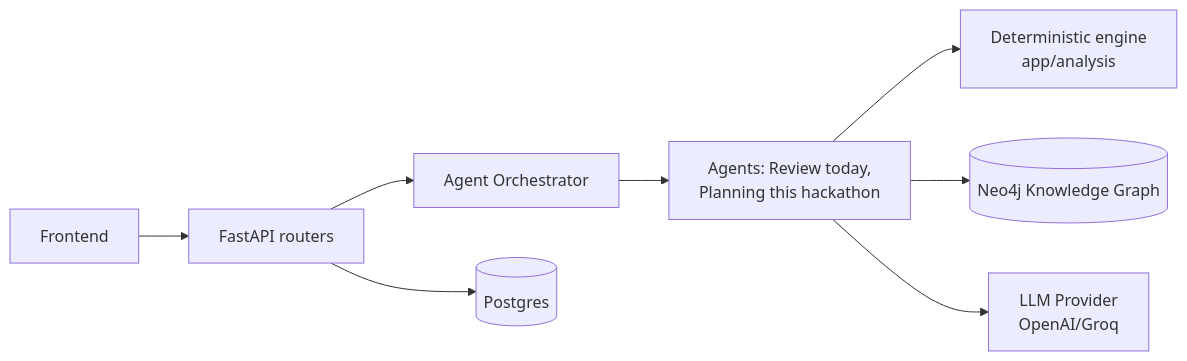
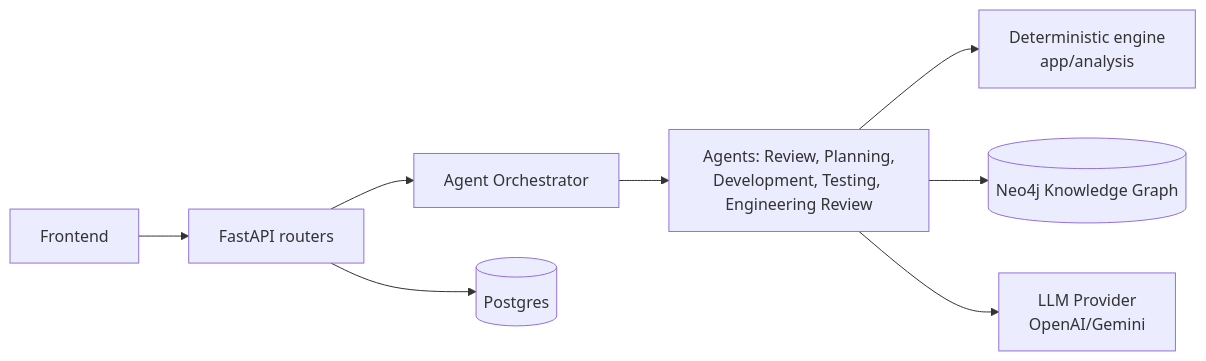
Before and after one commit to sasikumars-cyb/GraphForge: the diagram in docs/DEVELOPER_ONBOARDING.md, drawn with Mermaid. The commit also changed other lines of this file and 48 other files, not shown here.

````diff
--- a/docs/DEVELOPER_ONBOARDING.md
+++ b/docs/DEVELOPER_ONBOARDING.md
@@ -15,10 +15,10 @@
 ```mermaid
 graph LR
     UI[Frontend] --> API[FastAPI routers]
     API --> ORCH[Agent Orchestrator]
-    ORCH --> AGENTS[Agents: Review today,<br/>Planning this hackathon]
+    ORCH --> AGENTS[Agents: Review, Planning,<br/>Development, Testing, Engineering Review]
     AGENTS --> DET[Deterministic engine<br/>app/analysis]
     AGENTS --> KG[(Neo4j Knowledge Graph)]
-    AGENTS --> LLM[LLM Provider<br/>OpenAI/Groq]
+    AGENTS --> LLM[LLM Provider<br/>OpenAI/Gemini]
     API --> PG[(Postgres)]
 ```
````
